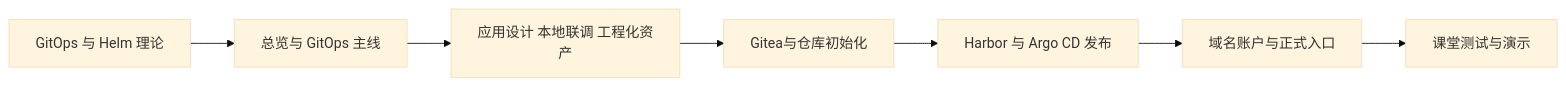
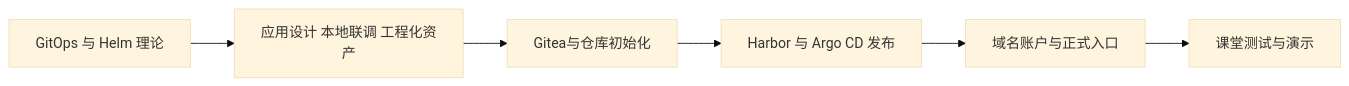
The diagram in k8s/06-gitops-and-automation/docs/01_chapter_guide.md (hwang-protocol/docker_k8s_2026), drawn with Mermaid (base theme) before and after one commit. The commit also changed other lines of this file and 9 other files, not shown here.

````diff
--- a/k8s/06-gitops-and-automation/docs/01_chapter_guide.md
+++ b/k8s/06-gitops-and-automation/docs/01_chapter_guide.md
@@ -20,17 +20,15 @@
 ```mermaid
 flowchart LR
   theory[GitOps 与 Helm 理论]
-  overview[总览与 GitOps 主线]
   preview[应用设计 本地联调 工程化资产]
   gitea[Gitea与仓库初始化]
   release[Harbor 与 Argo CD 发布]
   entry[域名账户与正式入口]
   demo[课堂测试与演示]
 
-  theory --> overview
-  overview --> preview
+  theory --> preview
   preview --> gitea
   gitea --> release
   release --> entry
   entry --> demo
 ```
````
